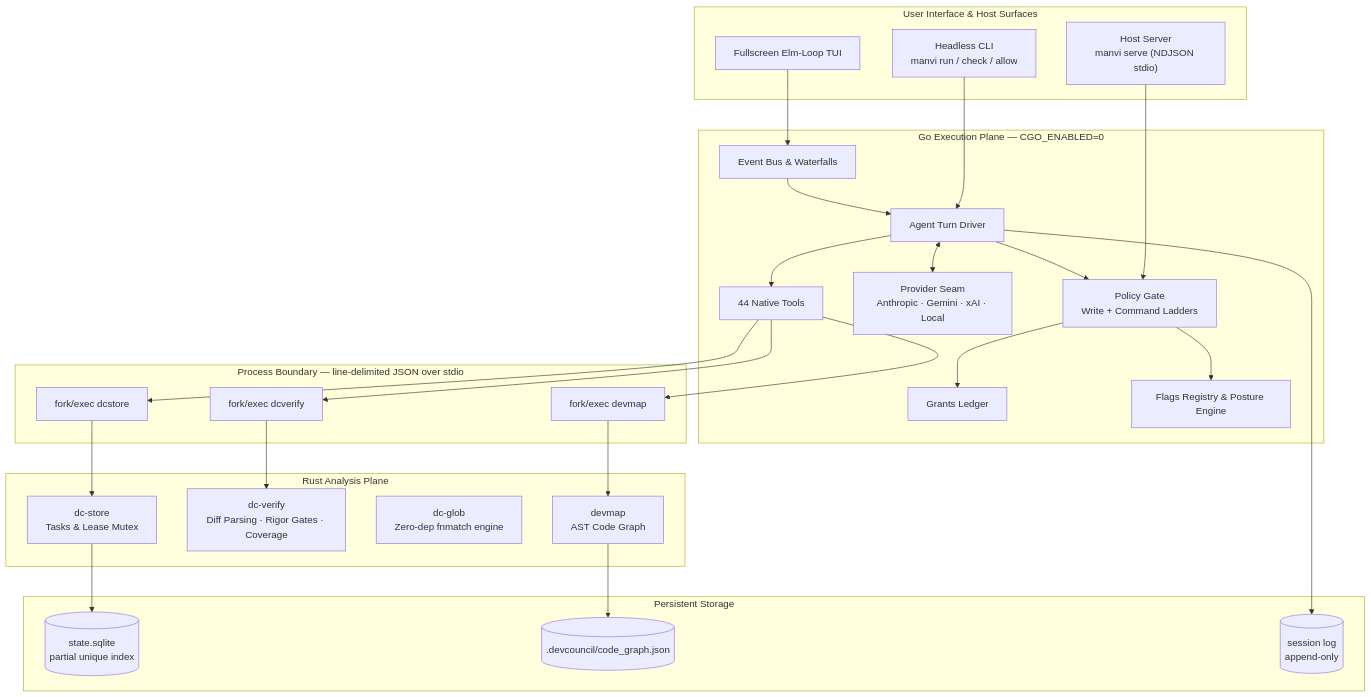
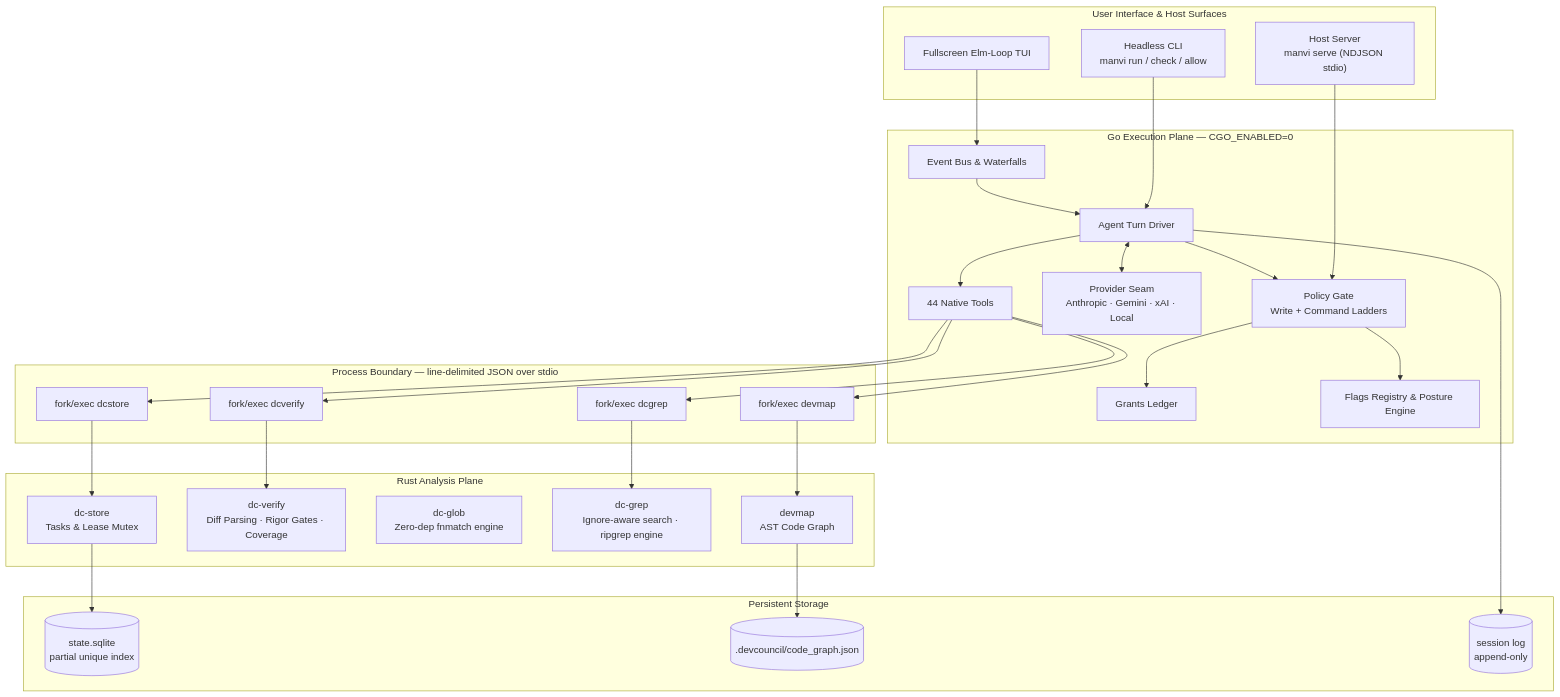
Before and after one commit to bharathvbcr/Manvi: the first of 9 diagrams in README.md, drawn with Mermaid. The commit also changed other lines of this file and 25 other files, not shown here.

````diff
--- a/README.md
+++ b/README.md
@@ -40,54 +40,57 @@
 ```mermaid
 flowchart TB
     subgraph UI["User Interface & Host Surfaces"]
         TUI["Fullscreen Elm-Loop TUI"]
         CLI["Headless CLI<br/>manvi run / check / allow"]
         Serve["Host Server<br/>manvi serve (NDJSON stdio)"]
     end
 
     subgraph GoPlane["Go Execution Plane — CGO_ENABLED=0"]
         Bus["Event Bus & Waterfalls"]
         AgentLoop["Agent Turn Driver"]
         Gate["Policy Gate<br/>Write + Command Ladders"]
         Grants["Grants Ledger"]
         Registry["Flags Registry & Posture Engine"]
         Providers["Provider Seam<br/>Anthropic · Gemini · xAI · Local"]
         Tools["44 Native Tools"]
     end
 
     subgraph Boundary["Process Boundary — line-delimited JSON over stdio"]
         P1["fork/exec dcstore"]
         P2["fork/exec dcverify"]
         P3["fork/exec devmap"]
+        P4["fork/exec dcgrep"]
     end
 
     subgraph RustPlane["Rust Analysis Plane"]
         DCStore["dc-store<br/>Tasks & Lease Mutex"]
         DCVerify["dc-verify<br/>Diff Parsing · Rigor Gates · Coverage"]
         DCGlob["dc-glob<br/>Zero-dep fnmatch engine"]
+        DCGrep["dc-grep<br/>Ignore-aware search · ripgrep engine"]
         DevMap["devmap<br/>AST Code Graph"]
     end
 
     subgraph Storage["Persistent Storage"]
         SQLite[("state.sqlite<br/>partial unique index")]
         CodeGraph[(".devcouncil/code_graph.json")]
         SessionLog[("session log<br/>append-only")]
     end
 
     TUI --> Bus
     CLI --> AgentLoop
     Serve --> Gate
     Bus --> AgentLoop
     AgentLoop --> Gate
     Gate --> Grants
     Gate --> Registry
     AgentLoop <--> Providers
     AgentLoop --> Tools
     AgentLoop --> SessionLog
-    Tools --> P1 & P2 & P3
+    Tools --> P1 & P2 & P3 & P4
     P1 --> DCStore
     P2 --> DCVerify
     P3 --> DevMap
+    P4 --> DCGrep
     DCStore --> SQLite
     DevMap --> CodeGraph
 ```
````
